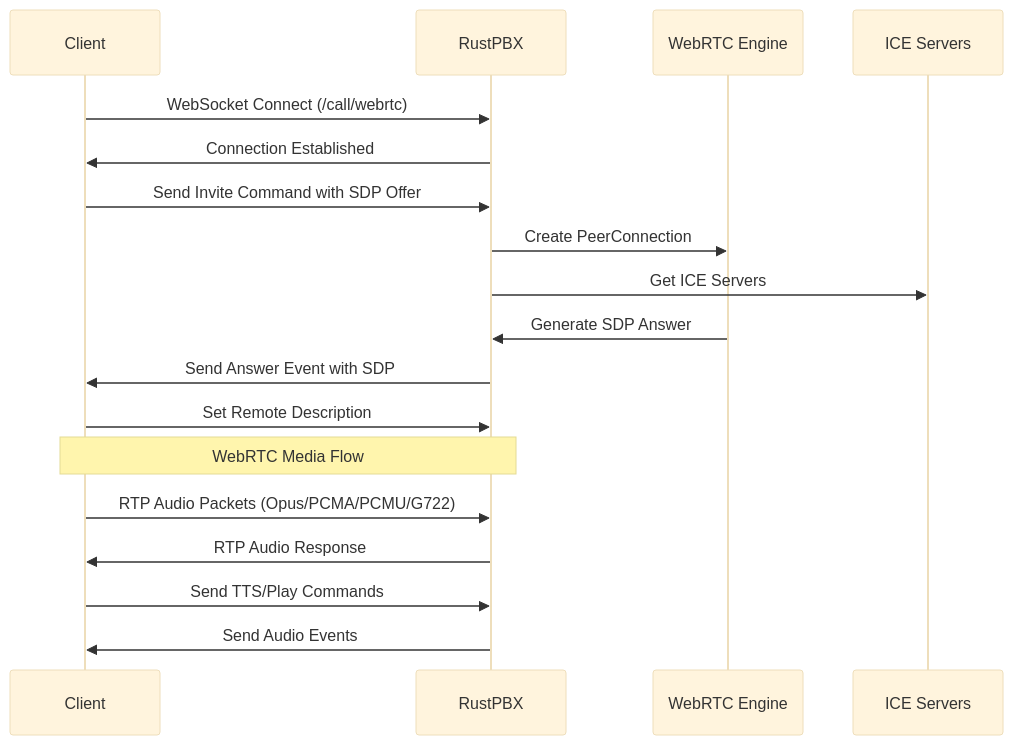
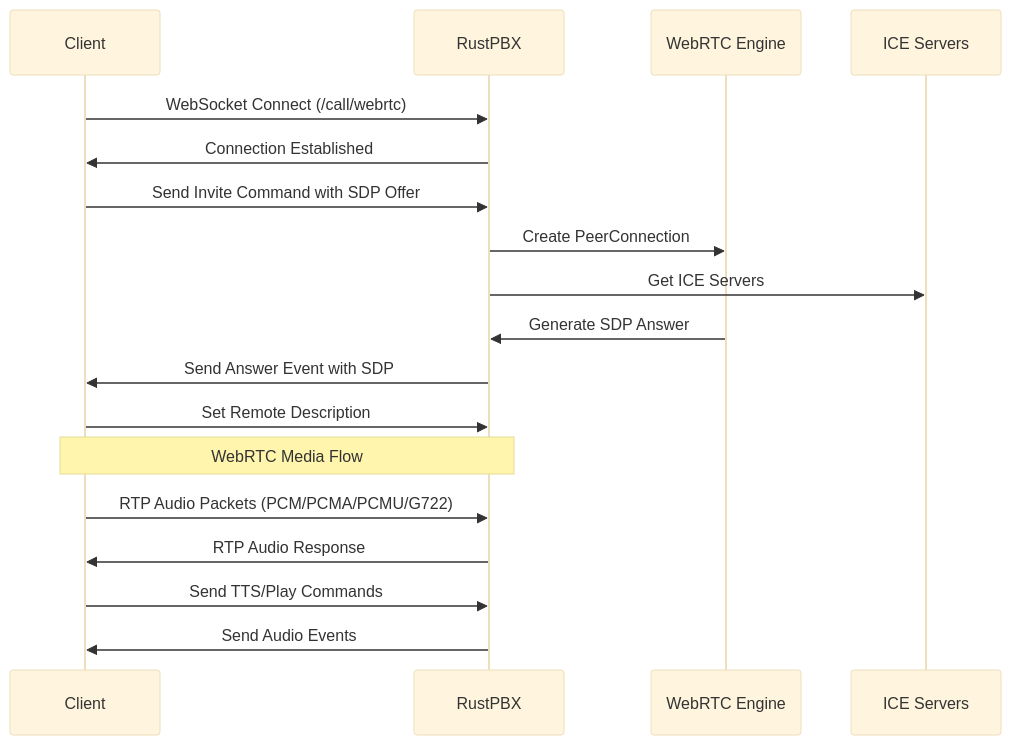
Before and after one commit to miuda-ai/active-call: the second of 4 diagrams in docs/api.md, drawn with Mermaid (base theme). The commit also changed other lines of this file and 5 other files, not shown here.

Commit message:
refactor: update audio codec handling and improve recorder tests for G.722 and PCMA

````diff
--- a/docs/api.md
+++ b/docs/api.md
@@ -96,25 +96,25 @@
 ```mermaid
 sequenceDiagram
     participant Client
     participant RustPBX
     participant WebRTC Engine
     participant ICE Servers
 
     Client->>RustPBX: WebSocket Connect (/call/webrtc)
     RustPBX->>Client: Connection Established
     
     Client->>RustPBX: Send Invite Command with SDP Offer
     RustPBX->>WebRTC Engine: Create PeerConnection
     RustPBX->>ICE Servers: Get ICE Servers
     WebRTC Engine->>RustPBX: Generate SDP Answer
     
     RustPBX->>Client: Send Answer Event with SDP
     Client->>RustPBX: Set Remote Description
     
     Note over Client,RustPBX: WebRTC Media Flow
-    Client->>RustPBX: RTP Audio Packets (Opus/PCMA/PCMU/G722)
+    Client->>RustPBX: RTP Audio Packets (PCM/PCMA/PCMU/G722)
     RustPBX->>Client: RTP Audio Response
     
     Client->>RustPBX: Send TTS/Play Commands
     RustPBX->>Client: Send Audio Events
 ```
````
